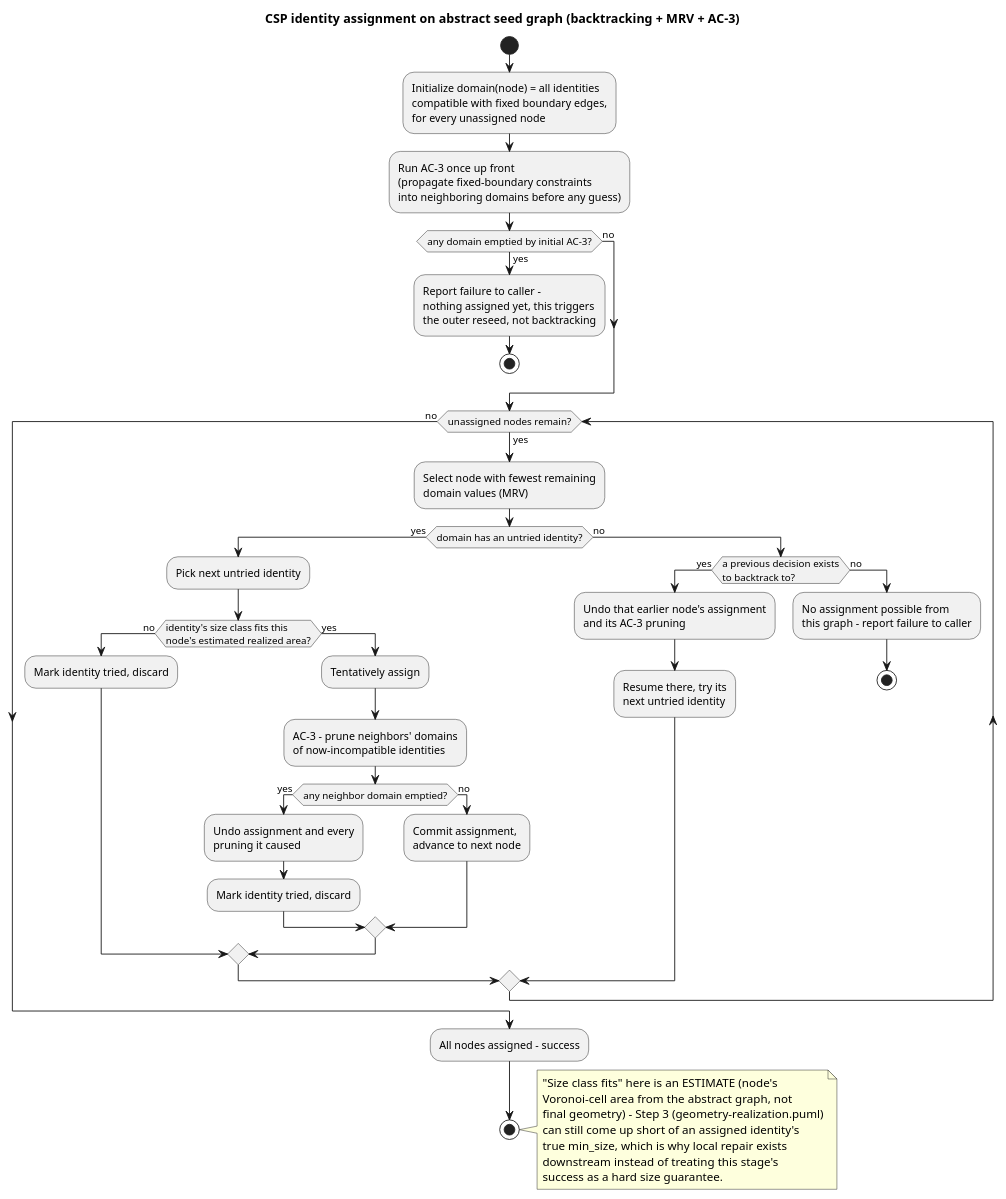
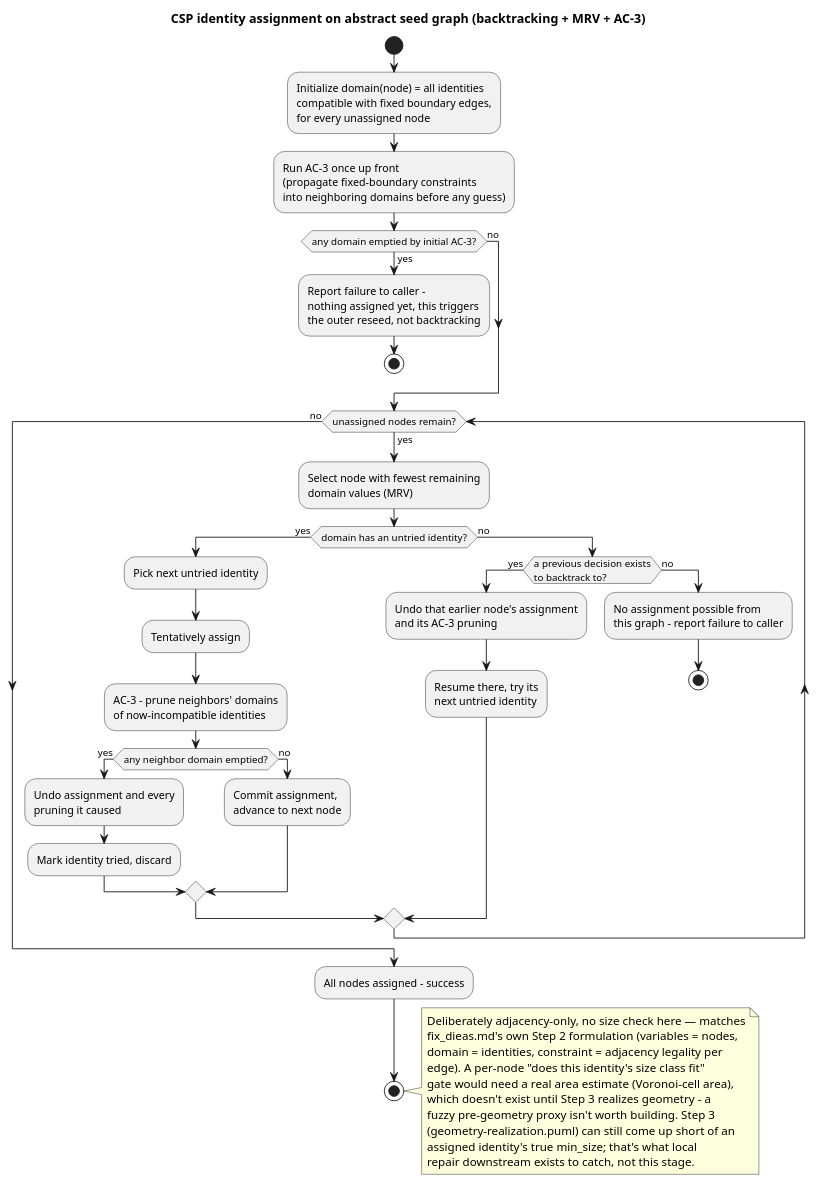
The diagram in companion-mods/mineutze-worldgen/doc/Modelisation/ActivityDiagram/csp-identity-assignment.puml (Boulede987/Mine-Utz), drawn with PlantUML before and after one commit. The commit also changed 2 other files, not shown here.

```diff
--- a/companion-mods/mineutze-worldgen/doc/Modelisation/ActivityDiagram/csp-identity-assignment.puml
+++ b/companion-mods/mineutze-worldgen/doc/Modelisation/ActivityDiagram/csp-identity-assignment.puml
@@ -1,53 +1,52 @@
 @startuml
 title CSP identity assignment on abstract seed graph (backtracking + MRV + AC-3)
 
 start
 :Initialize domain(node) = all identities\ncompatible with fixed boundary edges,\nfor every unassigned node;
 :Run AC-3 once up front\n(propagate fixed-boundary constraints\ninto neighboring domains before any guess);
 
 if (any domain emptied by initial AC-3?) then (yes)
   :Report failure to caller -\nnothing assigned yet, this triggers\nthe outer reseed, not backtracking;
   stop
 else (no)
 endif
 
 while (unassigned nodes remain?) is (yes)
   :Select node with fewest remaining\ndomain values (MRV);
 
   if (domain has an untried identity?) then (yes)
     :Pick next untried identity;
-    if (identity's size class fits this\nnode's estimated realized area?) then (no)
+    :Tentatively assign;
+    :AC-3 - prune neighbors' domains\nof now-incompatible identities;
+    if (any neighbor domain emptied?) then (yes)
+      :Undo assignment and every\npruning it caused;
       :Mark identity tried, discard;
-    else (yes)
-      :Tentatively assign;
-      :AC-3 - prune neighbors' domains\nof now-incompatible identities;
-      if (any neighbor domain emptied?) then (yes)
-        :Undo assignment and every\npruning it caused;
-        :Mark identity tried, discard;
-      else (no)
-        :Commit assignment,\nadvance to next node;
-      endif
+    else (no)
+      :Commit assignment,\nadvance to next node;
     endif
   else (no)
     if (a previous decision exists\nto backtrack to?) then (yes)
       :Undo that earlier node's assignment\nand its AC-3 pruning;
       :Resume there, try its\nnext untried identity;
     else (no)
       :No assignment possible from\nthis graph - report failure to caller;
       stop
     endif
   endif
 endwhile (no)
 :All nodes assigned - success;
 stop
 
 note right
-  "Size class fits" here is an ESTIMATE (node's
-  Voronoi-cell area from the abstract graph, not
-  final geometry) - Step 3 (geometry-realization.puml)
-  can still come up short of an assigned identity's
-  true min_size, which is why local repair exists
-  downstream instead of treating this stage's
-  success as a hard size guarantee.
+  Deliberately adjacency-only, no size check here — matches
+  fix_dieas.md's own Step 2 formulation (variables = nodes,
+  domain = identities, constraint = adjacency legality per
+  edge). A per-node "does this identity's size class fit"
+  gate would need a real area estimate (Voronoi-cell area),
+  which doesn't exist until Step 3 realizes geometry - a
+  fuzzy pre-geometry proxy isn't worth building. Step 3
+  (geometry-realization.puml) can still come up short of an
+  assigned identity's true min_size; that's what local
+  repair downstream exists to catch, not this stage.
 end note
 @enduml
```
